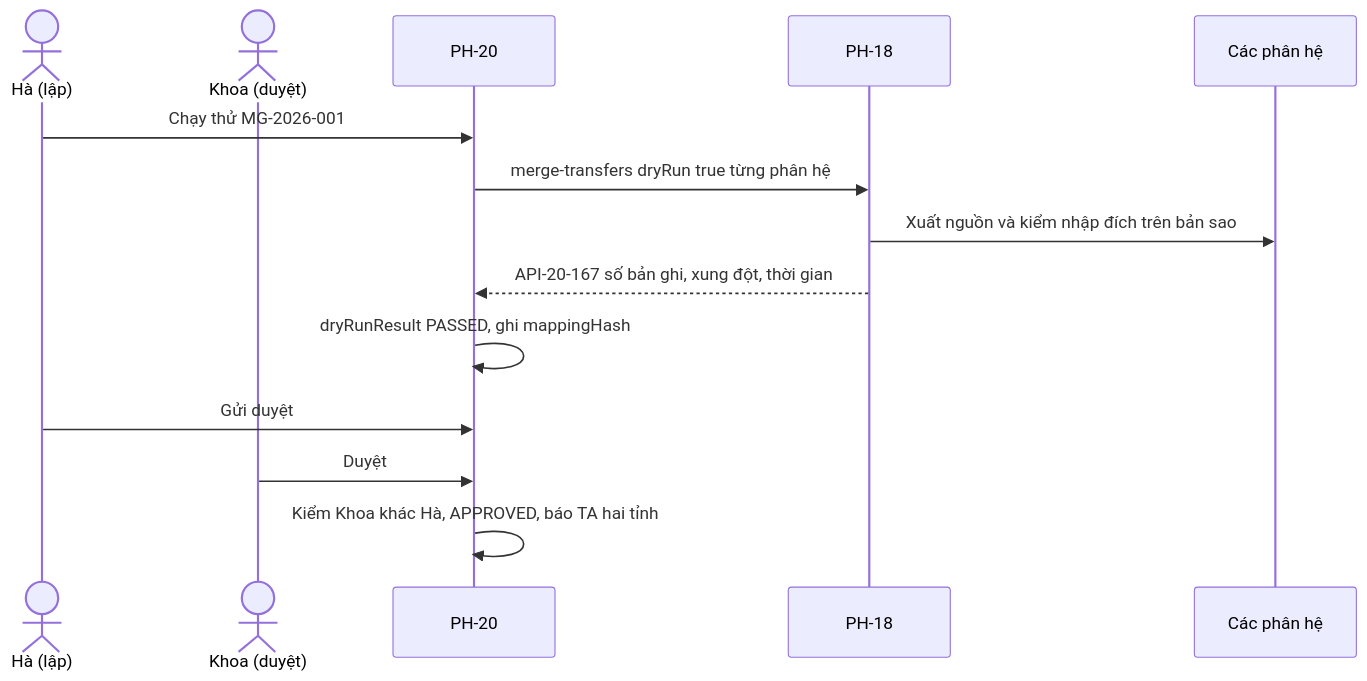
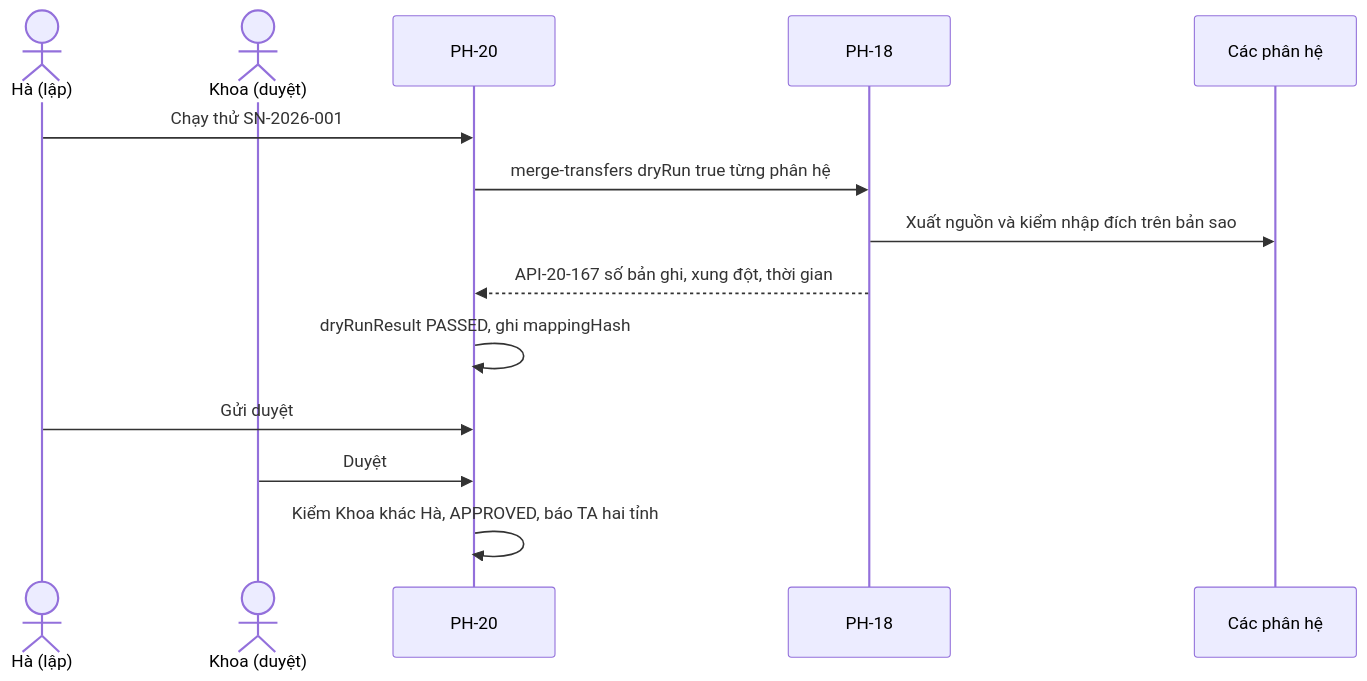
Diagram 15 of 19 in datahub-docs/02-yeu-cau/use-case/D02-04-PH20-use-case-quan-tri-tenant.md (caprocute/DATAHUB), drawn with Mermaid before and after one commit. The commit also changed other lines of this file and 36 other files, not shown here.

````diff
--- a/datahub-docs/02-yeu-cau/use-case/D02-04-PH20-use-case-quan-tri-tenant.md
+++ b/datahub-docs/02-yeu-cau/use-case/D02-04-PH20-use-case-quan-tri-tenant.md
@@ -1797,16 +1797,16 @@
 ```{.mermaid caption="Trình tự chạy thử, gửi duyệt và duyệt kế hoạch sáp nhập"}
 sequenceDiagram
   actor Ha as Hà (lập)
   actor Khoa as Khoa (duyệt)
   participant K as PH-20
   participant O as PH-18
   participant M as Các phân hệ
-  Ha->>K: Chạy thử MG-2026-001
+  Ha->>K: Chạy thử SN-2026-001
   K->>O: merge-transfers dryRun true từng phân hệ
   O->>M: Xuất nguồn và kiểm nhập đích trên bản sao
   O-->>K: API-20-167 số bản ghi, xung đột, thời gian
   K->>K: dryRunResult PASSED, ghi mappingHash
   Ha->>K: Gửi duyệt
   Khoa->>K: Duyệt
   K->>K: Kiểm Khoa khác Hà, APPROVED, báo TA hai tỉnh
 ```
````
